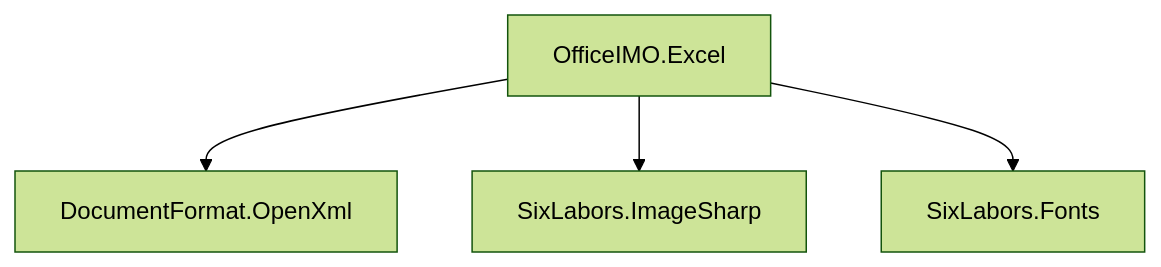
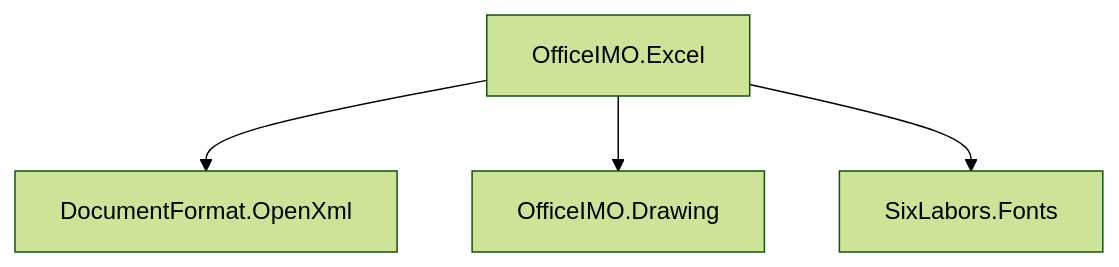
The third of 5 diagrams in README.md (EvotecIT/OfficeIMO), drawn with Mermaid (forest theme) before and after one commit. The commit also changed other lines of this file and 257 other files, not shown here.

First line of the commit message:
Add shared OfficeIMO drawing layer (#1783)

````diff
--- a/README.md
+++ b/README.md
@@ -172,11 +177,11 @@
 ```mermaid
 flowchart TD
   Xl["OfficeIMO.Excel"]
   OXml["DocumentFormat.OpenXml"]
-  ImgSharp["SixLabors.ImageSharp"]
+  Drawing["OfficeIMO.Drawing"]
   Fonts["SixLabors.Fonts"]
 
   Xl --> OXml
-  Xl --> ImgSharp
+  Xl --> Drawing
   Xl --> Fonts
 ```
````
